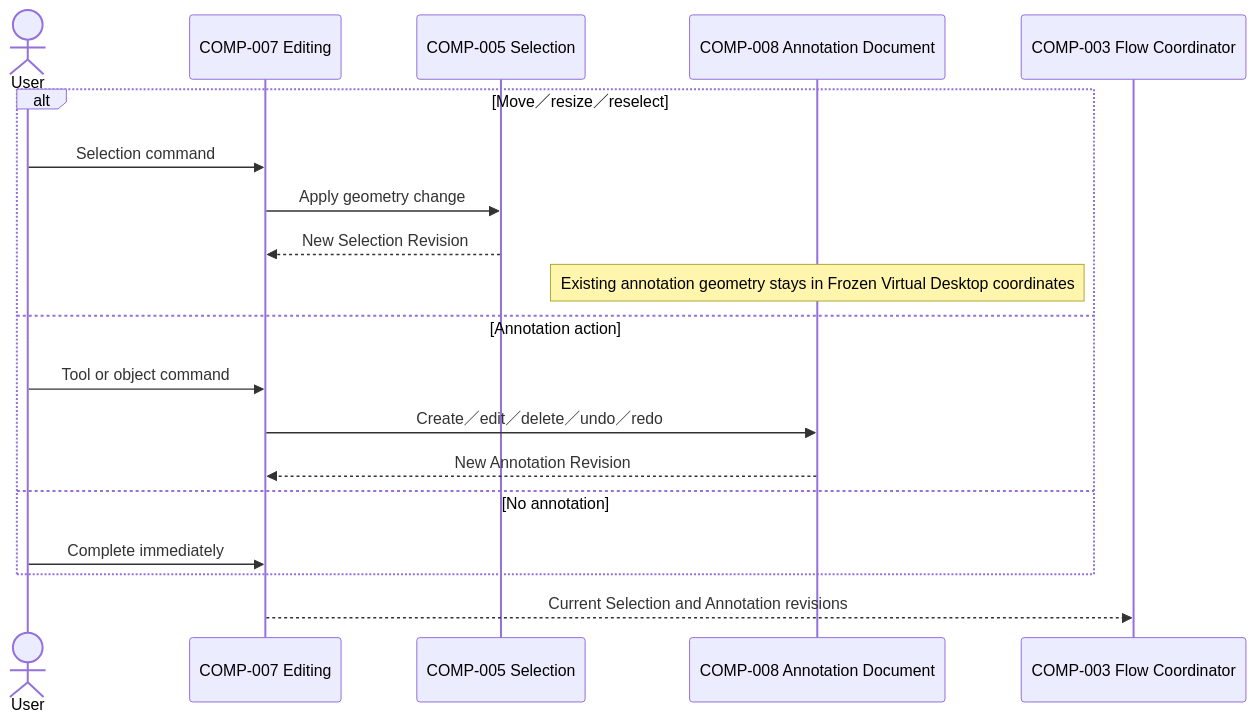
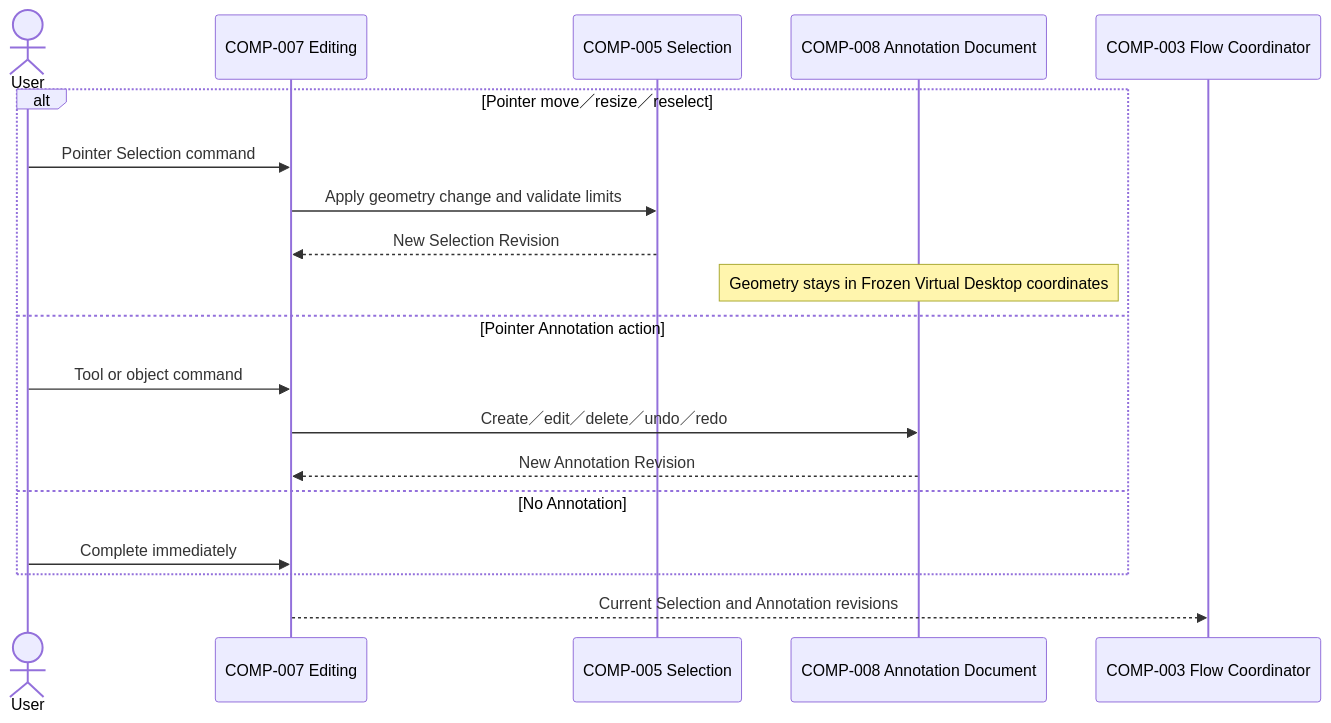
One commit to gn02033417/SnipPlus changed the second of 5 diagrams in Architecture/ARCH-0005-component-interactions.md. Above: the diagram before and after it, drawn with Mermaid. The commit also changed other lines of this file, not shown here.

````diff
--- a/Architecture/ARCH-0005-component-interactions.md
+++ b/Architecture/ARCH-0005-component-interactions.md
@@ -72,23 +81,23 @@
 ```mermaid
 sequenceDiagram
     actor User
     participant Editing as COMP-007 Editing
     participant Selection as COMP-005 Selection
     participant Annotation as COMP-008 Annotation Document
     participant Flow as COMP-003 Flow Coordinator
 
-    alt Move／resize／reselect
-        User->>Editing: Selection command
-        Editing->>Selection: Apply geometry change
+    alt Pointer move／resize／reselect
+        User->>Editing: Pointer Selection command
+        Editing->>Selection: Apply geometry change and validate limits
         Selection-->>Editing: New Selection Revision
-        Note over Annotation: Existing annotation geometry stays in Frozen Virtual Desktop coordinates
-    else Annotation action
+        Note over Annotation: Geometry stays in Frozen Virtual Desktop coordinates
+    else Pointer Annotation action
         User->>Editing: Tool or object command
         Editing->>Annotation: Create／edit／delete／undo／redo
         Annotation-->>Editing: New Annotation Revision
-    else No annotation
+    else No Annotation
         User->>Editing: Complete immediately
     end
 
     Editing-->>Flow: Current Selection and Annotation revisions
 ```
````
